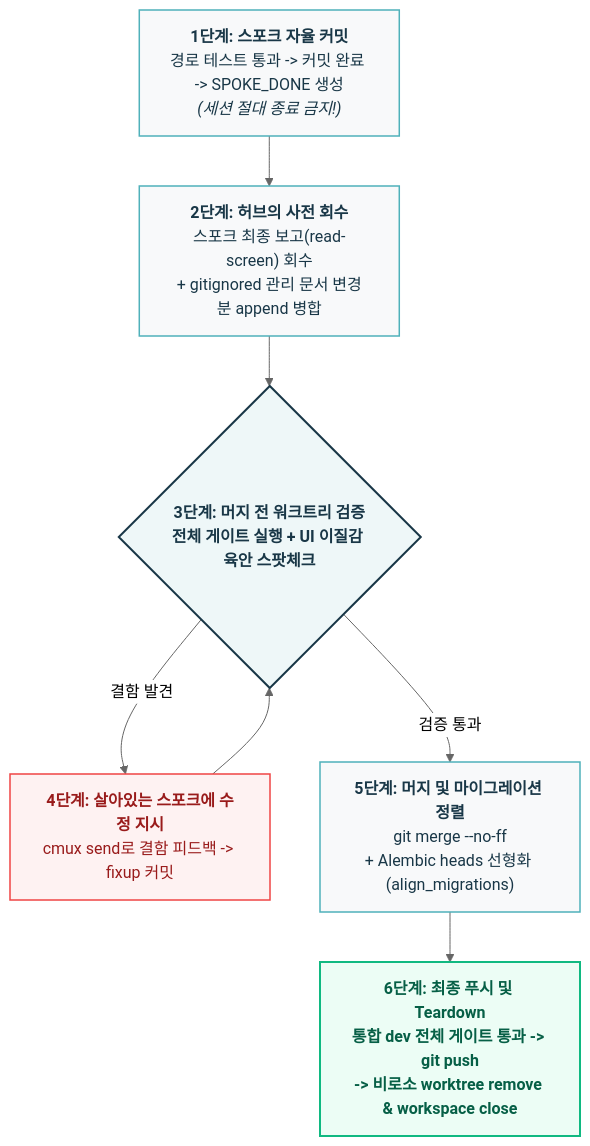
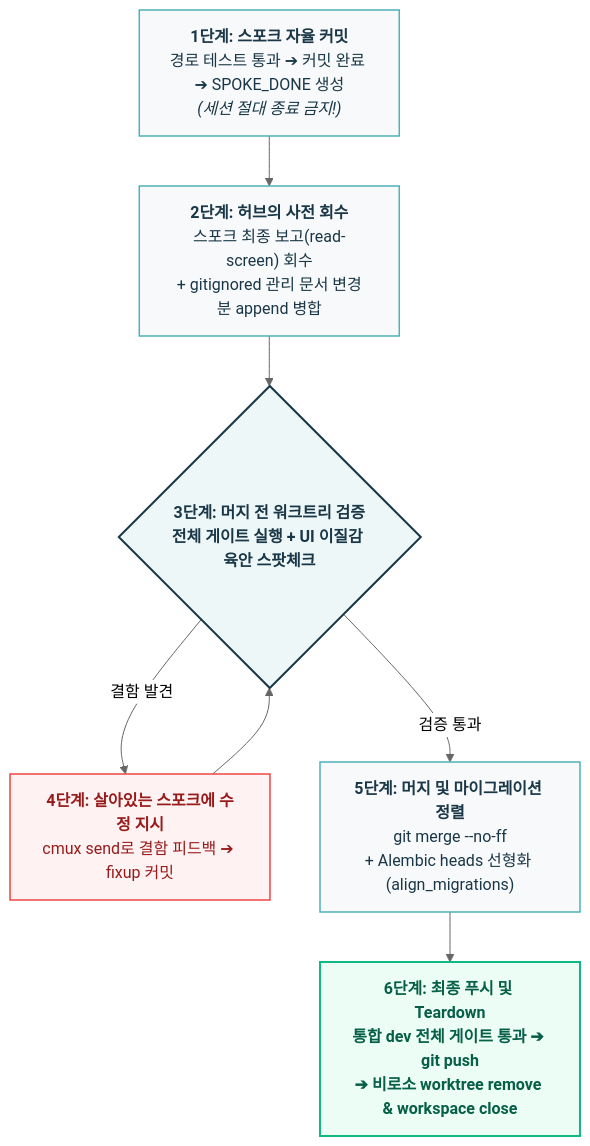
The fourth of 4 diagrams in _posts/tech/ai-agent-architecture/5 같은 브랜치에서 에이전트끼리 사이좋게 코딩할 리가 없어.md (tomato-vault/tomato-vault.github.io), drawn with Mermaid (neutral theme) before and after one commit. The commit also changed other lines of this file and 19 other files, not shown here.

First line of the commit message:
Refactor ontology engineering documentation with enhanced diagrams and clarity

````diff
--- a/_posts/tech/ai-agent-architecture/5 같은 브랜치에서 에이전트끼리 사이좋게 코딩할 리가 없어.md
+++ b/_posts/tech/ai-agent-architecture/5 같은 브랜치에서 에이전트끼리 사이좋게 코딩할 리가 없어.md
@@ -133,18 +133,18 @@
 ```mermaid
 flowchart TD
     classDef step fill:#f8f9fa,stroke:#4fb1ba,stroke-width:1.5px,color:#193747
     classDef check fill:#eef7f8,stroke:#193747,stroke-width:2px,color:#193747,font-weight:bold
     classDef fix fill:#fef2f2,stroke:#ef4444,stroke-width:1.5px,color:#991b1b
     classDef done fill:#ecfdf5,stroke:#10b981,stroke-width:2px,color:#065f46,font-weight:bold
 
-    S1["<b>1단계: 스포크 자율 커밋</b><br/>경로 테스트 통과 -> 커밋 완료 -> SPOKE_DONE 생성<br/><i>(세션 절대 종료 금지!)</i>"]:::step
+    S1["<b>1단계: 스포크 자율 커밋</b><br/>경로 테스트 통과 ➔ 커밋 완료 ➔ SPOKE_DONE 생성<br/><i>(세션 절대 종료 금지!)</i>"]:::step
     S2["<b>2단계: 허브의 사전 회수</b><br/>스포크 최종 보고(read-screen) 회수<br/>+ gitignored 관리 문서 변경분 append 병합"]:::step
     S3{"<b>3단계: 머지 전 워크트리 검증</b><br/>전체 게이트 실행 + UI 이질감 육안 스팟체크"}:::check
-    S4["<b>4단계: 살아있는 스포크에 수정 지시</b><br/>cmux send로 결함 피드백 -> fixup 커밋"]:::fix
+    S4["<b>4단계: 살아있는 스포크에 수정 지시</b><br/>cmux send로 결함 피드백 ➔ fixup 커밋"]:::fix
     S5["<b>5단계: 머지 및 마이그레이션 정렬</b><br/>git merge --no-ff<br/>+ Alembic heads 선형화 (align_migrations)"]:::step
-    S6["<b>6단계: 최종 푸시 및 Teardown</b><br/>통합 dev 전체 게이트 통과 -> git push<br/>-> 비로소 worktree remove & workspace close"]:::done
+    S6["<b>6단계: 최종 푸시 및 Teardown</b><br/>통합 dev 전체 게이트 통과 ➔ git push<br/>➔ 비로소 worktree remove & workspace close"]:::done
 
     S1 --> S2 --> S3
     S3 -->|"결함 발견"| S4 --> S3
     S3 -->|"검증 통과"| S5 --> S6
 ```
````
